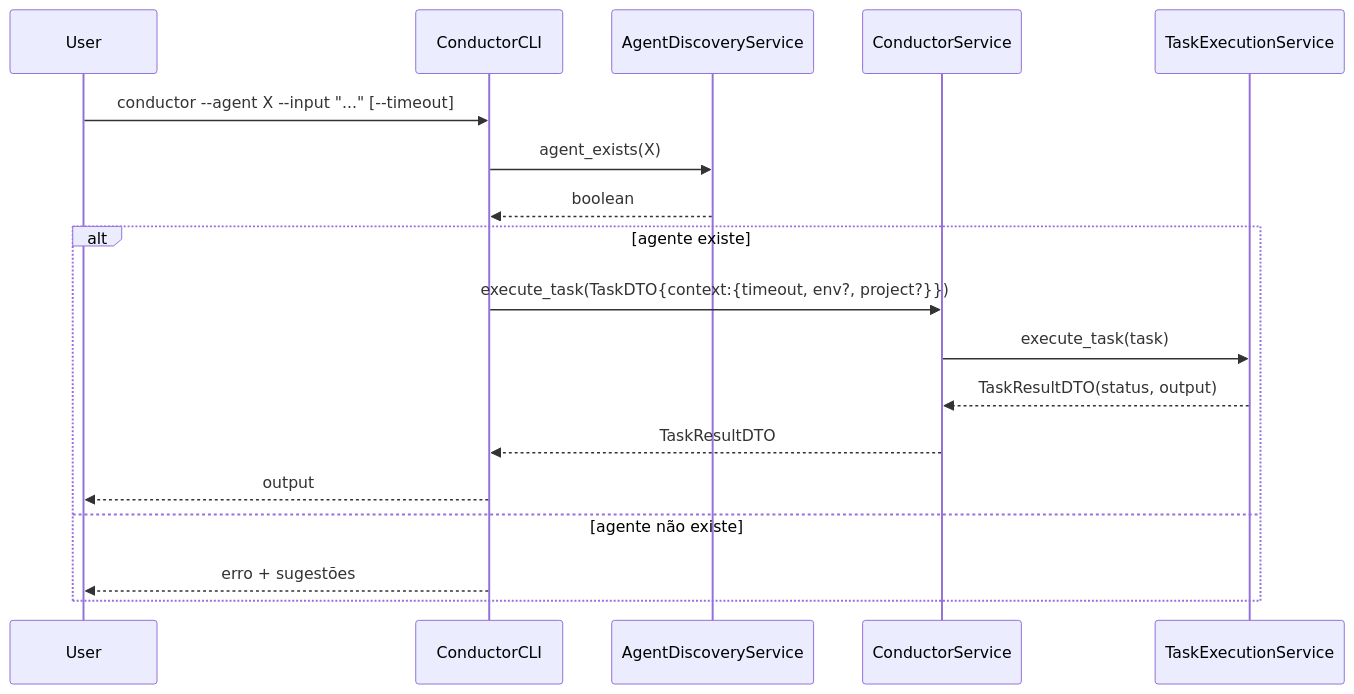
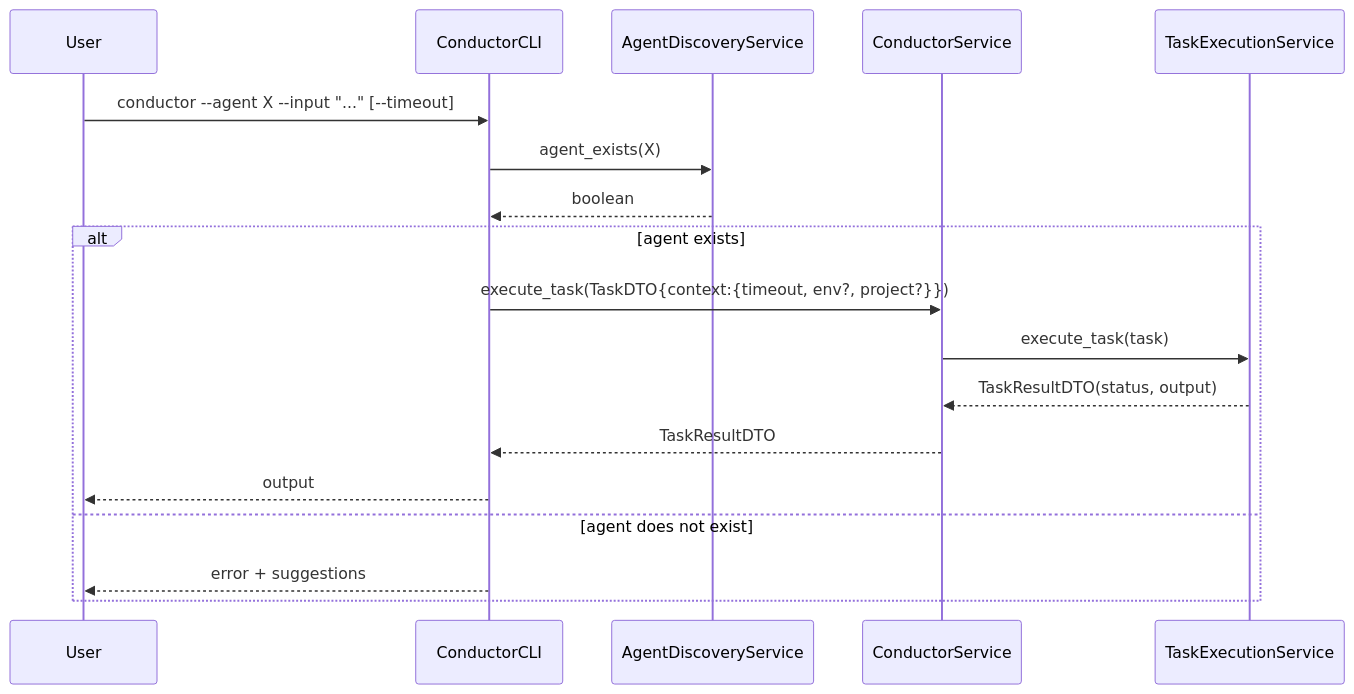
Before and after one commit to primoia/conductor: the first of 3 diagrams in docs/architecture/sequence-diagrams/execution-modes.md, drawn with Mermaid. The commit also changed other lines of this file and 44 other files, not shown here.

````diff
--- a/docs/architecture/sequence-diagrams/execution-modes.md
+++ b/docs/architecture/sequence-diagrams/execution-modes.md
@@ -7,21 +7,21 @@
 ```mermaid
 sequenceDiagram
     participant User
     participant ConductorCLI
     participant AgentDiscovery as AgentDiscoveryService
     participant Conductor as ConductorService
     participant TaskExec as TaskExecutionService
 
     User->>ConductorCLI: conductor --agent X --input "..." [--timeout]
     ConductorCLI->>AgentDiscovery: agent_exists(X)
     AgentDiscovery-->>ConductorCLI: boolean
-    alt agente existe
+    alt agent exists
         ConductorCLI->>Conductor: execute_task(TaskDTO{context:{timeout, env?, project?}})
         Conductor->>TaskExec: execute_task(task)
         TaskExec-->>Conductor: TaskResultDTO(status, output)
         Conductor-->>ConductorCLI: TaskResultDTO
         ConductorCLI-->>User: output
-    else agente não existe
-        ConductorCLI-->>User: erro + sugestões
+    else agent does not exist
+        ConductorCLI-->>User: error + suggestions
     end
 ```
````
